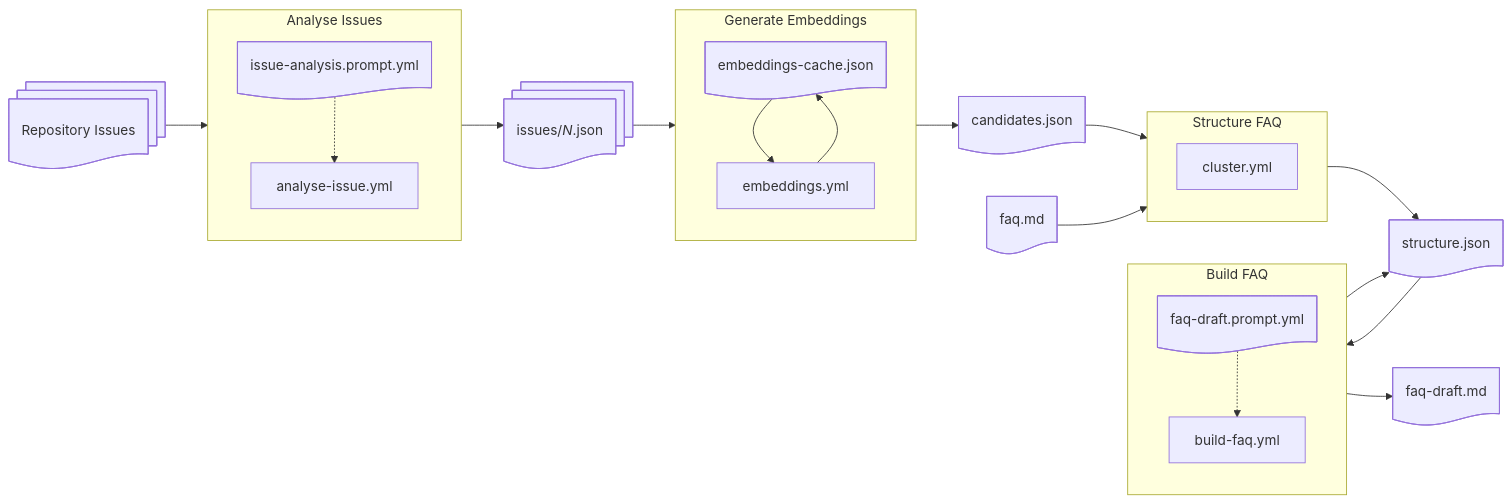
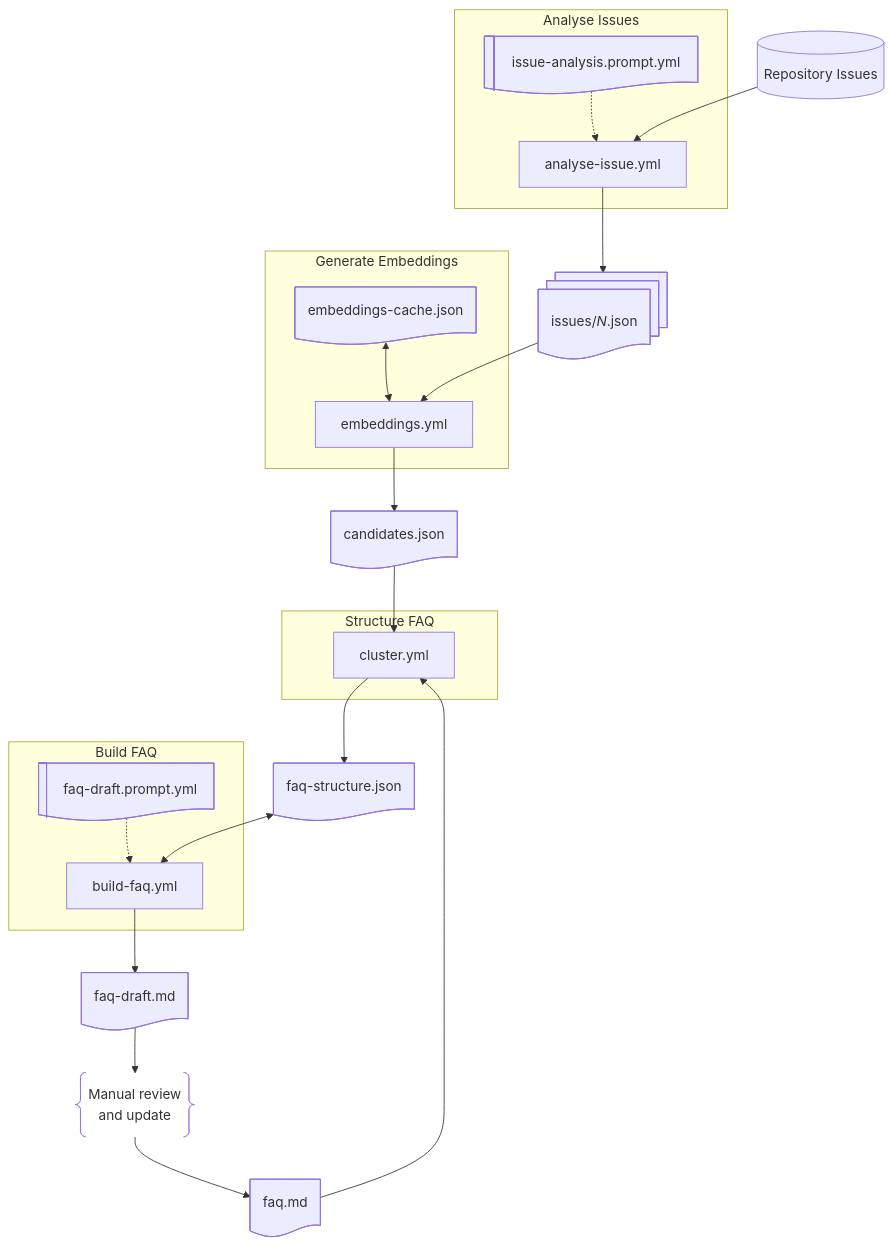
Before and after one commit to thoukydides/github-issues-analyser: the diagram in README.md, drawn with Mermaid. The commit also changed other lines of this file, not shown here.

````diff
--- a/README.md
+++ b/README.md
@@ -5,43 +20,45 @@
 ```mermaid
-flowchart LR
+flowchart TB
 
-    r@{ shape: docs, label: "Repository Issues" }
+    r@{ shape: db, label: "Repository Issues" }
 
     i@{ shape: docs, label: "issues/*N*.json" }
     c@{ shape: doc, label: "candidates.json" }
     e@{ shape: doc, label: "embeddings-cache.json" }
-    s@{ shape: doc, label: "structure.json" }
+    s@{ shape: doc, label: "faq-structure.json" }
     
     f@{ shape: doc, label: "faq.md" }
     d@{ shape: doc, label: "faq-draft.md" }
 
-    p1@{ shape: doc, label: "issue-analysis.prompt.yml" }
-    p2@{ shape: doc, label: "faq-draft.prompt.yml" }
+    p1@{ shape: lin-doc, label: "issue-analysis.prompt.yml" }
+    p2@{ shape: lin-doc, label: "faq-draft.prompt.yml" }
+
+    m@{ shape: braces, label: "Manual review
+    and update" }
+
 
     subgraph analyse [Analyse Issues]
-    direction TB
-    p1 -.-> analyse-issue.yml
+    p1 -.-> wa[analyse-issue.yml]
     end
 
     subgraph embeddings [Generate Embeddings]
-    direction TB
-    e --> embeddings.yml --> e
+    e <--> we[embeddings.yml]
     end
 
     subgraph cluster [Structure FAQ]
-    cluster.yml
+    wc[cluster.yml]
     end
 
     subgraph build [Build FAQ]
-    p2 -.-> build-faq.yml
+    p2 -.-> wb[build-faq.yml]
     end
 
-    r --> analyse --> i
-    i --> embeddings --> c
-    c --> cluster --> s
-    f --> cluster
-    s --> build --> s
-    build --> d
+    r --> wa --> i
+    i --> we --> c
+    c --> wc --> s
+    f --> wc
+    s <--> wb --> d
 
-    classDef textOnly fill:none,stroke:none;
+    d --> m
+    m --> f
 ```
````
